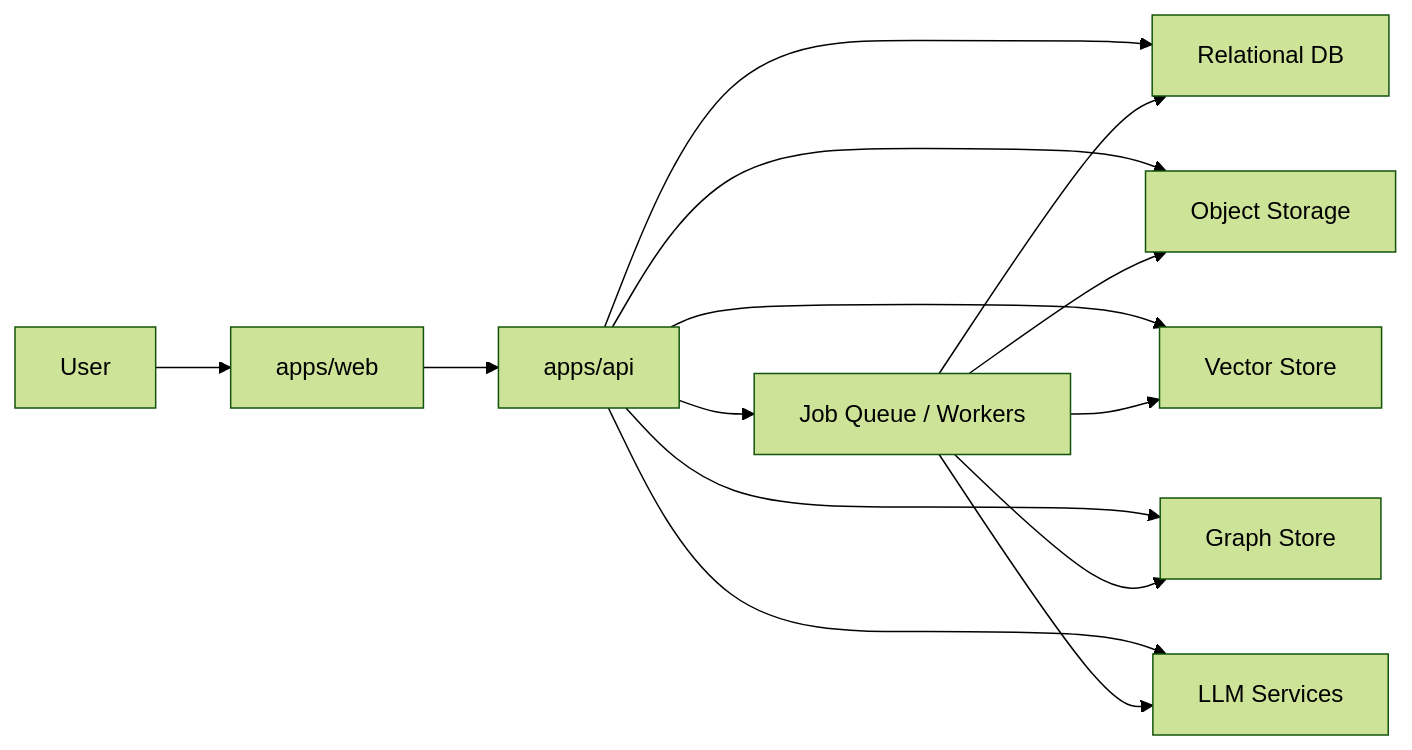
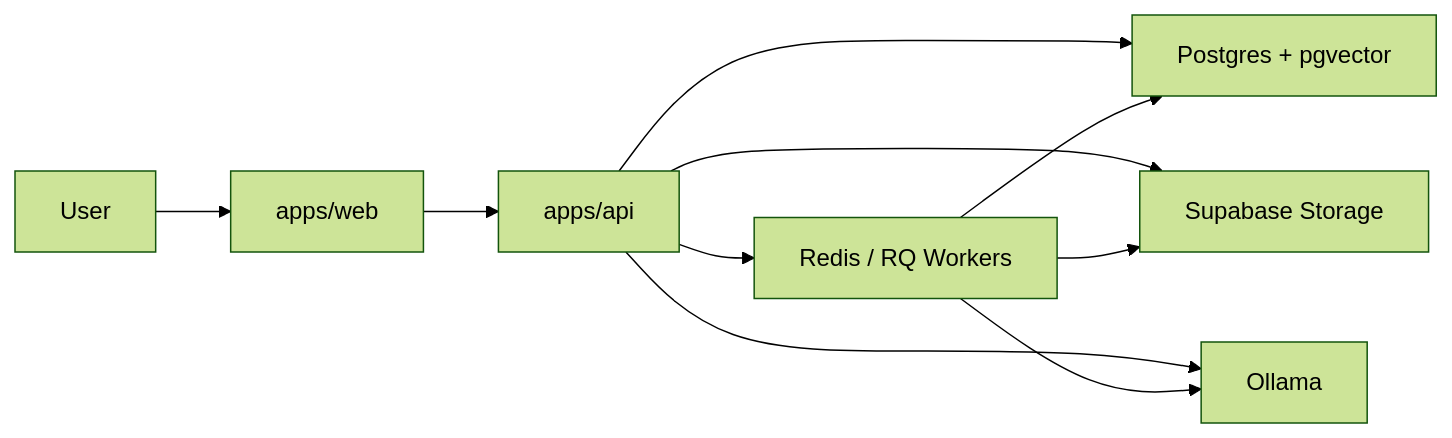
One commit to drofnas/ragdoll changed the diagram in docs/architecture/system-overview.md. Above: the diagram before and after it, drawn with Mermaid (forest theme). The commit also changed other lines of this file and 24 other files, not shown here.

````diff
--- a/docs/architecture/system-overview.md
+++ b/docs/architecture/system-overview.md
@@ -58,16 +39,12 @@
 ```mermaid
 flowchart LR
   User["User"] --> Web["apps/web"]
   Web --> Api["apps/api"]
-  Api --> DB["Relational DB"]
-  Api --> Store["Object Storage"]
-  Api --> Vector["Vector Store"]
-  Api --> Graph["Graph Store"]
-  Api --> LLM["LLM Services"]
-  Api --> Queue["Job Queue / Workers"]
+  Api --> Queue["Redis / RQ Workers"]
+  Api --> DB["Postgres + pgvector"]
+  Api --> Storage["Supabase Storage"]
+  Api --> Ollama["Ollama"]
   Queue --> DB
-  Queue --> Store
-  Queue --> Vector
-  Queue --> Graph
-  Queue --> LLM
+  Queue --> Storage
+  Queue --> Ollama
 ```
````
